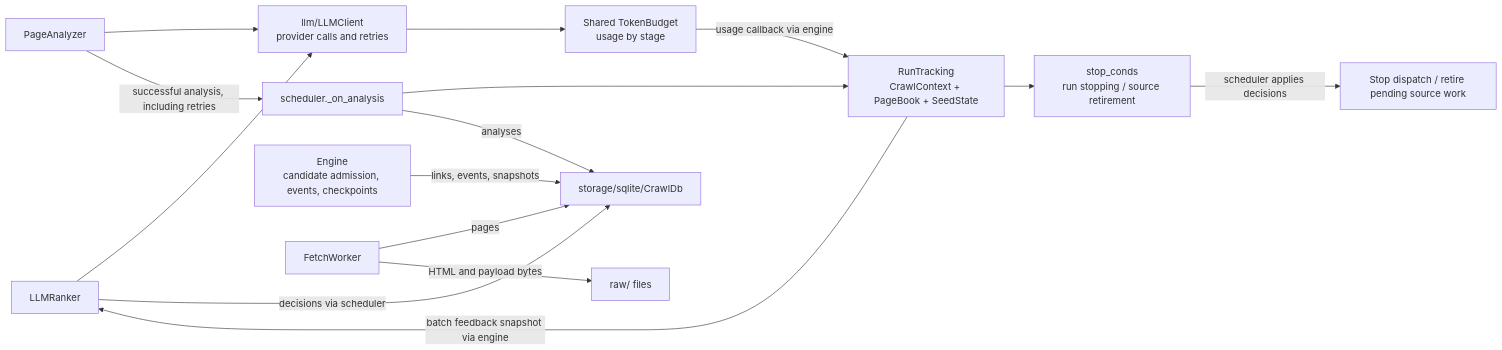
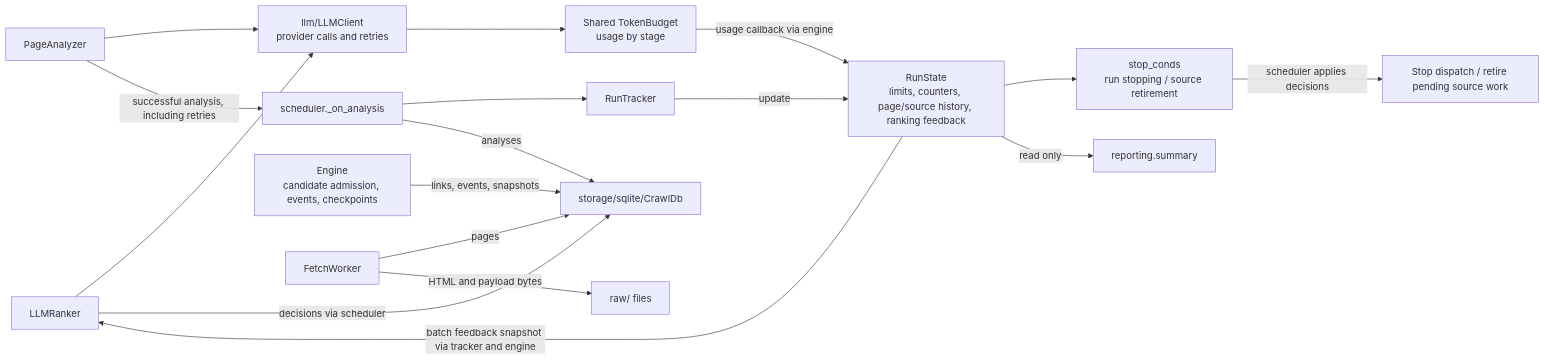
One commit to shixuan/crawl-me-maybe changed the second of 2 diagrams in docs/arch.md. Above: the diagram before and after it, drawn with Mermaid. The commit also changed other lines of this file and 23 other files, not shown here.

````diff
--- a/docs/arch.md
+++ b/docs/arch.md
@@ -183,19 +183,21 @@
 ```mermaid
 flowchart LR
     ranker[LLMRanker] --> clients["llm/LLMClient<br>provider calls and retries"]
     analyzer[PageAnalyzer] --> clients
     clients --> budget["Shared TokenBudget<br>usage by stage"]
 
     analyzer -->|successful analysis, including retries| sink["scheduler._on_analysis"]
-    sink --> state["RunTracking<br>CrawlContext + PageBook + SeedState"]
-    state -->|batch feedback snapshot via engine| ranker
+    sink --> tracker[RunTracker]
+    tracker -->|update| state["RunState<br>limits, counters, page/source history, ranking feedback"]
+    state -->|batch feedback snapshot via tracker and engine| ranker
     state --> policies["stop_conds<br>run stopping / source retirement"]
     budget -->|usage callback via engine| state
     policies -->|scheduler applies decisions| control["Stop dispatch / retire pending source work"]
 
     ranker -->|decisions via scheduler| storage["storage/sqlite/CrawlDb"]
     sink -->|analyses| storage
     scheduler["Engine<br>candidate admission, events, checkpoints"] -->|links, events, snapshots| storage
     fetchworker[FetchWorker] -->|pages| storage
     fetchworker -->|HTML and payload bytes| raw["raw/ files"]
+    state -->|read only| report["reporting.summary"]
 ```
````
